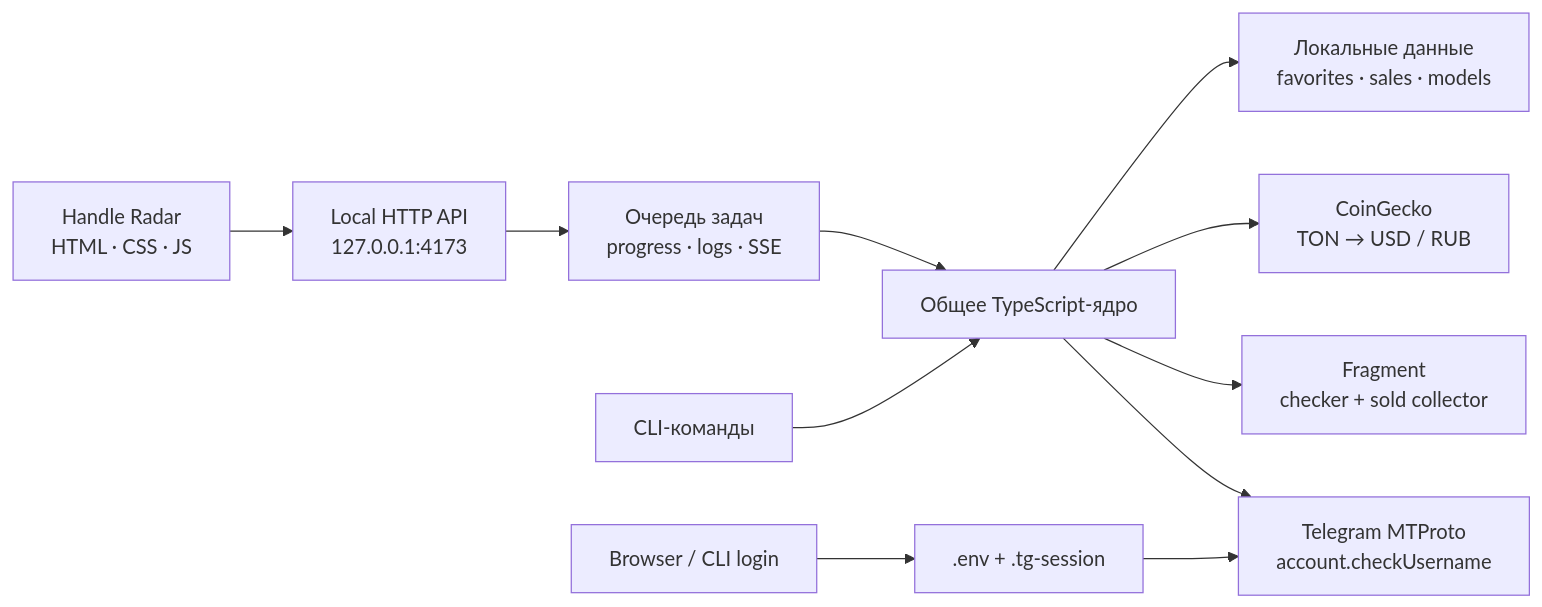
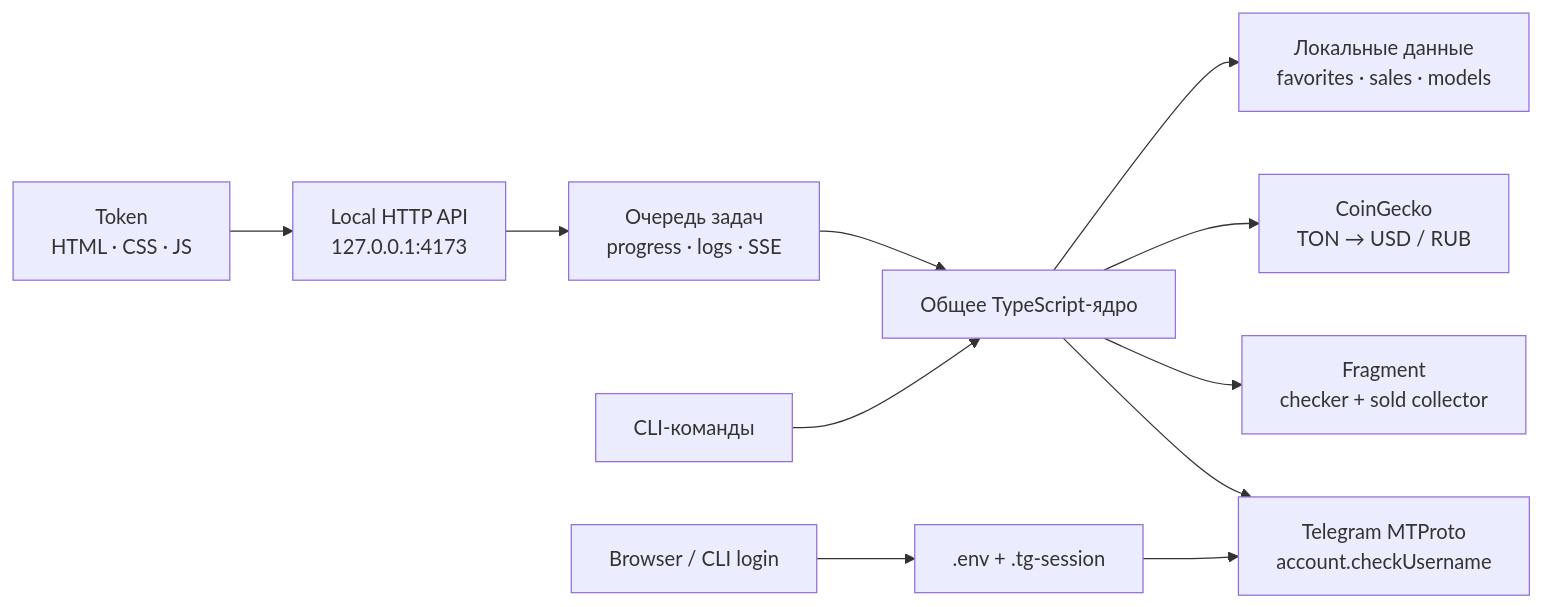
One commit to Randupy/tg-username-finder changed the first of 2 diagrams in README.md. Above: the diagram before and after it, drawn with Mermaid. The commit also changed other lines of this file and 12 other files, not shown here.

````diff
--- a/README.md
+++ b/README.md
@@ -368,15 +368,15 @@
 ```mermaid
 flowchart LR
-    UI["Handle Radar<br/>HTML · CSS · JS"] --> API["Local HTTP API<br/>127.0.0.1:4173"]
+    UI["Token<br/>HTML · CSS · JS"] --> API["Local HTTP API<br/>127.0.0.1:4173"]
     API --> Queue["Очередь задач<br/>progress · logs · SSE"]
     Queue --> Core["Общее TypeScript-ядро"]
     CLI["CLI-команды"] --> Core
 
     Core --> TG["Telegram MTProto<br/>account.checkUsername"]
     Core --> FR["Fragment<br/>checker + sold collector"]
     Core --> CG["CoinGecko<br/>TON → USD / RUB"]
 
     Core --> Storage["Локальные данные<br/>favorites · sales · models"]
     Login["Browser / CLI login"] --> Session[".env + .tg-session"]
     Session --> TG
 ```
````
